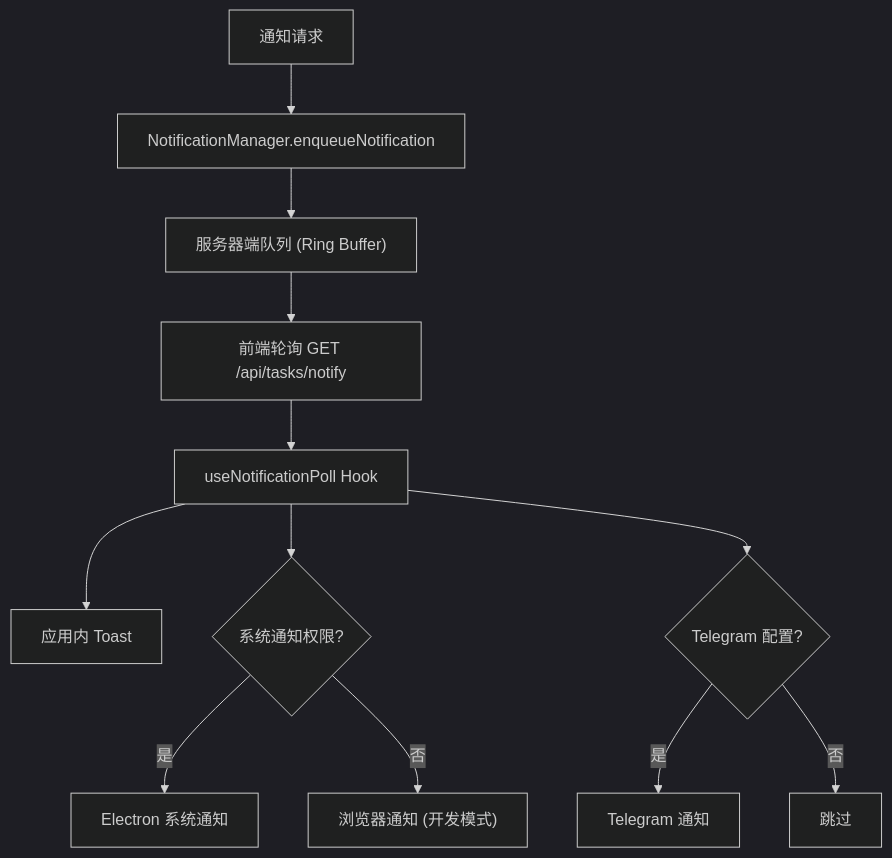
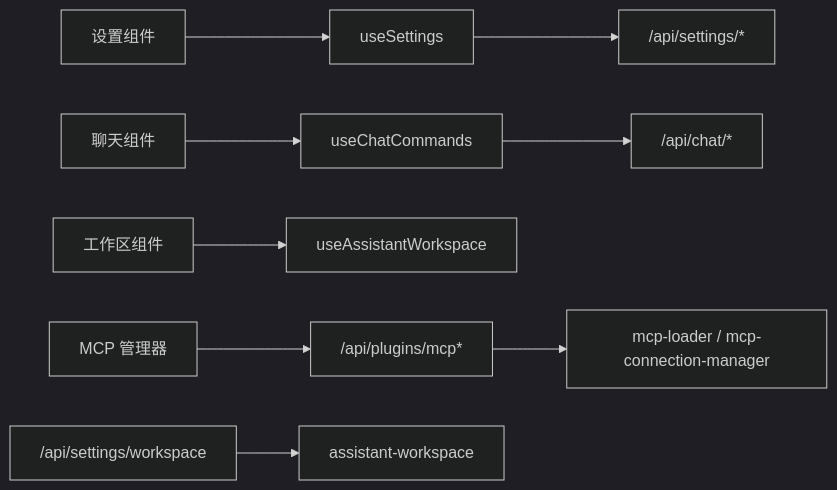
One commit to haolange/CodePilot changed the seventh of 7 diagrams in .qoder/repowiki/zh/content/核心功能/核心功能.md. Above: the diagram before and after it, drawn with Mermaid (dark theme). The commit also changed other lines of this file and 203 other files, not shown here.

````diff
--- a/.qoder/repowiki/zh/content/核心功能/核心功能.md
+++ b/.qoder/repowiki/zh/content/核心功能/核心功能.md
@@ -381,14 +312,11 @@
 ```mermaid
-flowchart TD
-A["通知请求"] --> B["NotificationManager.enqueueNotification"]
-B --> C["服务器端队列 (Ring Buffer)"]
-C --> D["前端轮询 GET /api/tasks/notify"]
-D --> E["useNotificationPoll Hook"]
-E --> F["应用内 Toast"]
-E --> G{"系统通知权限?"}
-G --> |是| H["Electron 系统通知"]
-G --> |否| I["浏览器通知 (开发模式)"]
-E --> J{"Telegram 配置?"}
-J --> |是| K["Telegram 通知"]
-J --> |否| L["跳过"]
+graph LR
+UI_Settings["设置组件"] --> Hook_Settings["useSettings"]
+UI_Chat["聊天组件"] --> Hook_Chat["useChatCommands"]
+UI_WS["工作区组件"] --> Hook_WS["useAssistantWorkspace"]
+UI_Plugins["MCP 管理器"] --> API_Plugins["/api/plugins/mcp*"]
+API_WS["/api/settings/workspace"] --> Lib_WS["assistant-workspace"]
+API_Plugins --> Lib_MCP["mcp-loader / mcp-connection-manager"]
+Hook_Settings --> API_Settings["/api/settings/*"]
+Hook_Chat --> API_Chat["/api/chat/*"]
 ```
````
